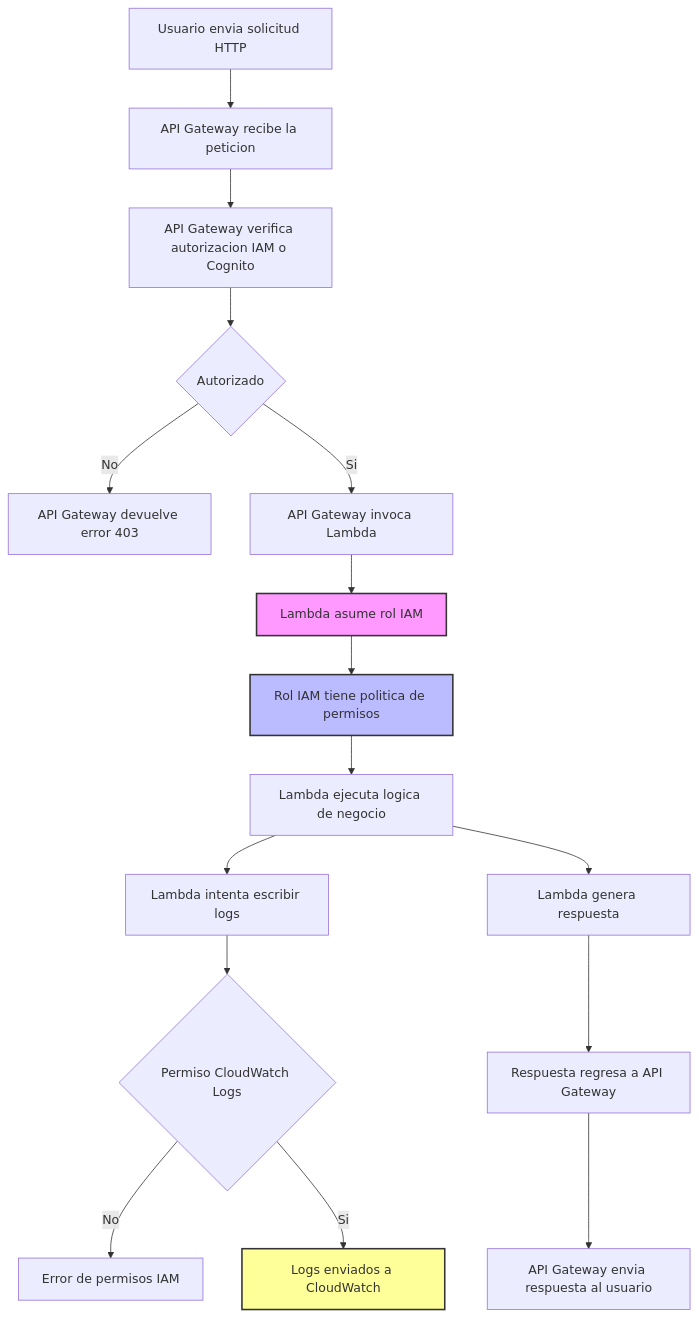
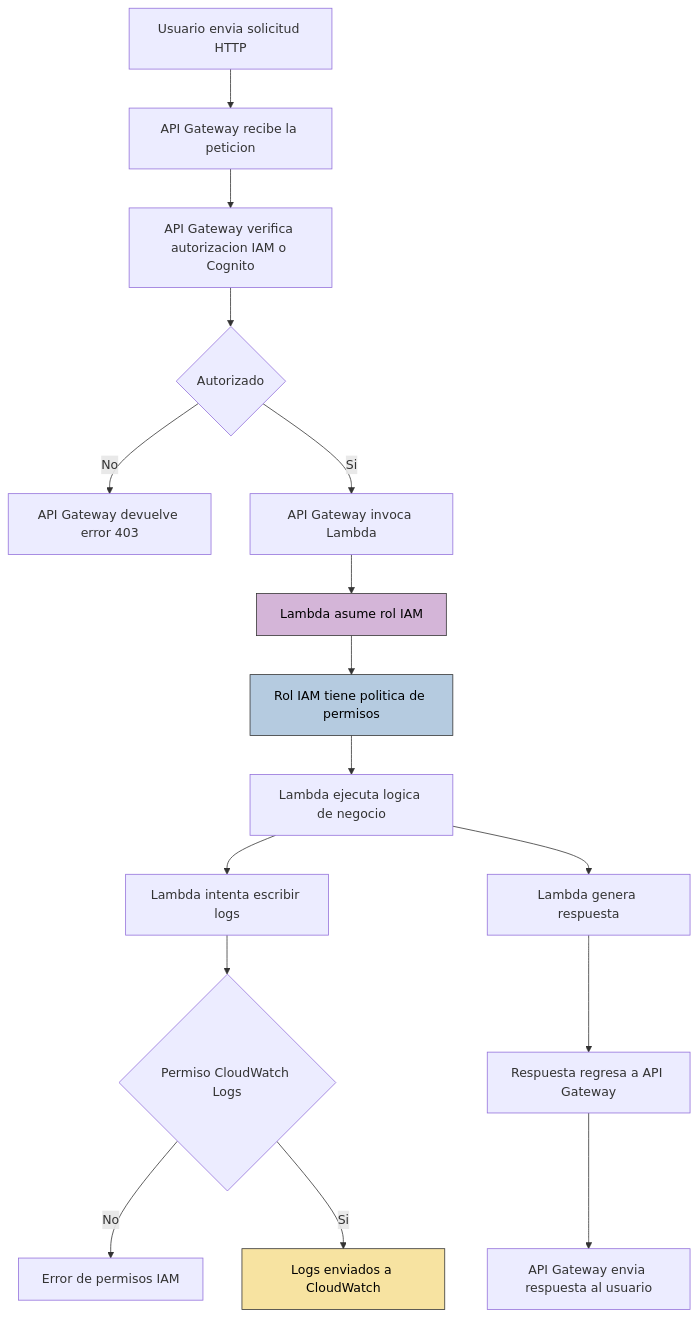
Before and after one commit to samuelrojasm/lab-aws-lambda-hello-world: the fourth of 4 diagrams in learning/README.md, drawn with Mermaid.

Commit message:
lab-aws-lambda

````diff
--- a/learning/README.md
+++ b/learning/README.md
@@ -190,34 +190,34 @@
 ```mermaid
 flowchart TD
     %% Inicio de la peticion
     A[Usuario envia solicitud HTTP] --> B[API Gateway recibe la peticion]
 
     %% Autorizacion en API Gateway
     B --> C[API Gateway verifica autorizacion IAM o Cognito]
     C --> D{Autorizado}
     D -- No --> Z[API Gateway devuelve error 403]
     D -- Si --> E[API Gateway invoca Lambda]
 
     %% Lambda asume rol IAM
     E --> F[Lambda asume rol IAM]
     F --> G[Rol IAM tiene politica de permisos]
 
     %% Ejecucion de Lambda
     G --> H[Lambda ejecuta logica de negocio]
     
     %% Logs en CloudWatch
     H --> I[Lambda intenta escribir logs]
     I --> J{Permiso CloudWatch Logs}
     J -- No --> X[Error de permisos IAM]
     J -- Si --> K[Logs enviados a CloudWatch]
 
     %% Respuesta al usuario
     H --> L[Lambda genera respuesta]
     L --> M[Respuesta regresa a API Gateway]
     M --> N[API Gateway envia respuesta al usuario]
 
     %% Estilos para resaltar
-    style F fill:#f9f,stroke:#333,stroke-width:2px
-    style G fill:#bbf,stroke:#333,stroke-width:2px
-    style K fill:#ff9,stroke:#333,stroke-width:2px
+    style F fill:#d4b5d8,stroke:#333,stroke-width:1px,color:black
+    style G fill:#b5cbe0,stroke:#333,stroke-width:1px,color:black
+    style K fill:#f7e3a1,stroke:#333,stroke-width:1px,color:black
 ```
````
